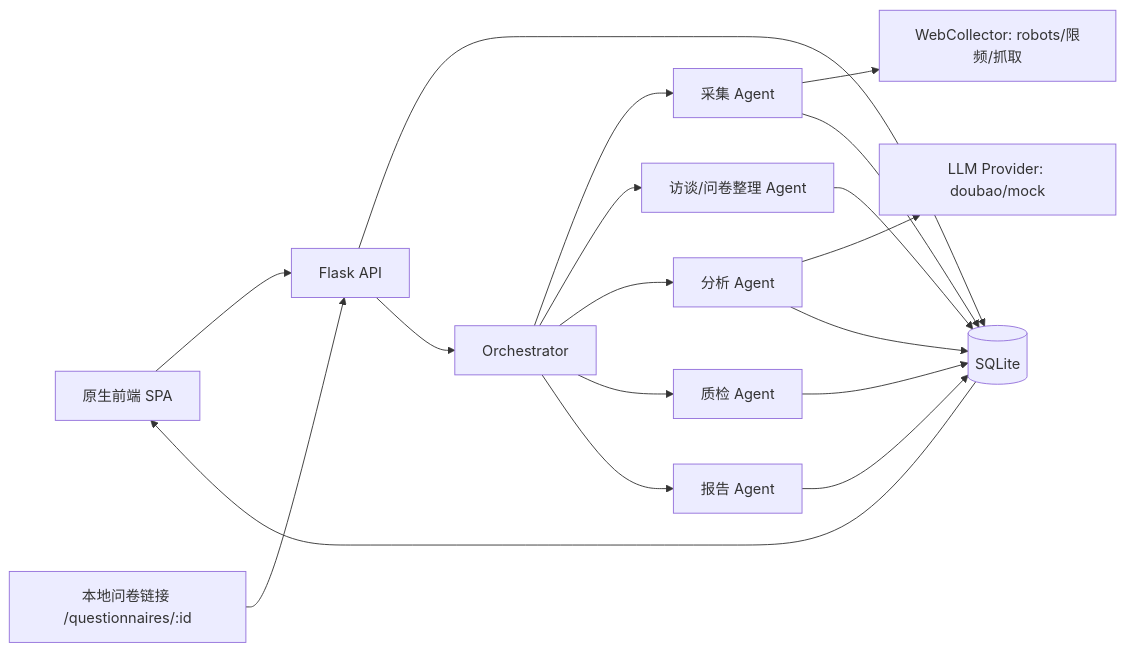
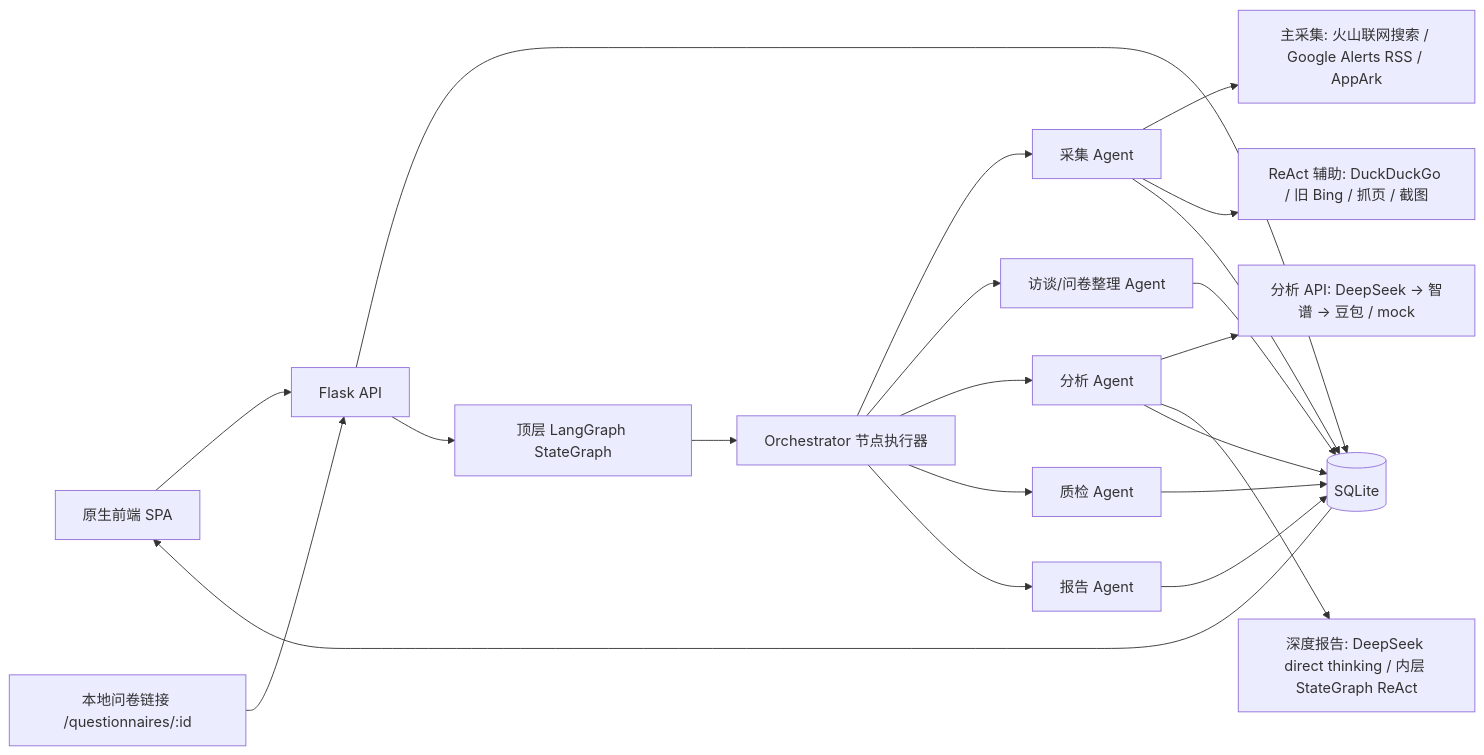
One commit to mowaiwaim/MOSS-competitive-analysis-muti-agent changed the diagram in docs/ARCHITECTURE.md. Above: the diagram before and after it, drawn with Mermaid. The commit also changed other lines of this file and 15 other files, not shown here.

````diff
--- a/docs/ARCHITECTURE.md
+++ b/docs/ARCHITECTURE.md
@@ -5,20 +5,23 @@
 ```mermaid
 flowchart LR
   UI["原生前端 SPA"] --> API["Flask API"]
   FORM["本地问卷链接 /questionnaires/:id"] --> API
   API --> DB[("SQLite")]
-  API --> ORCH["Orchestrator"]
+  API --> WF["顶层 LangGraph StateGraph"]
+  WF --> ORCH["Orchestrator 节点执行器"]
   ORCH --> C["采集 Agent"]
   ORCH --> U["访谈/问卷整理 Agent"]
   ORCH --> A["分析 Agent"]
   ORCH --> Q["质检 Agent"]
   ORCH --> R["报告 Agent"]
-  C --> WC["WebCollector: robots/限频/抓取"]
-  A --> LLM["LLM Provider: doubao/mock"]
+  C --> SEARCH["主采集: 火山联网搜索 / Google Alerts RSS / AppArk"]
+  C --> AUX["ReAct 辅助: DuckDuckGo / 旧 Bing / 抓页 / 截图"]
+  A --> LLM["分析 API: DeepSeek -> 智谱 -> 豆包 / mock"]
+  A --> DEEP["深度报告: DeepSeek direct thinking / 内层 StateGraph ReAct"]
   C --> DB
   U --> DB
   A --> DB
   Q --> DB
   R --> DB
   DB --> UI
 ```
````
